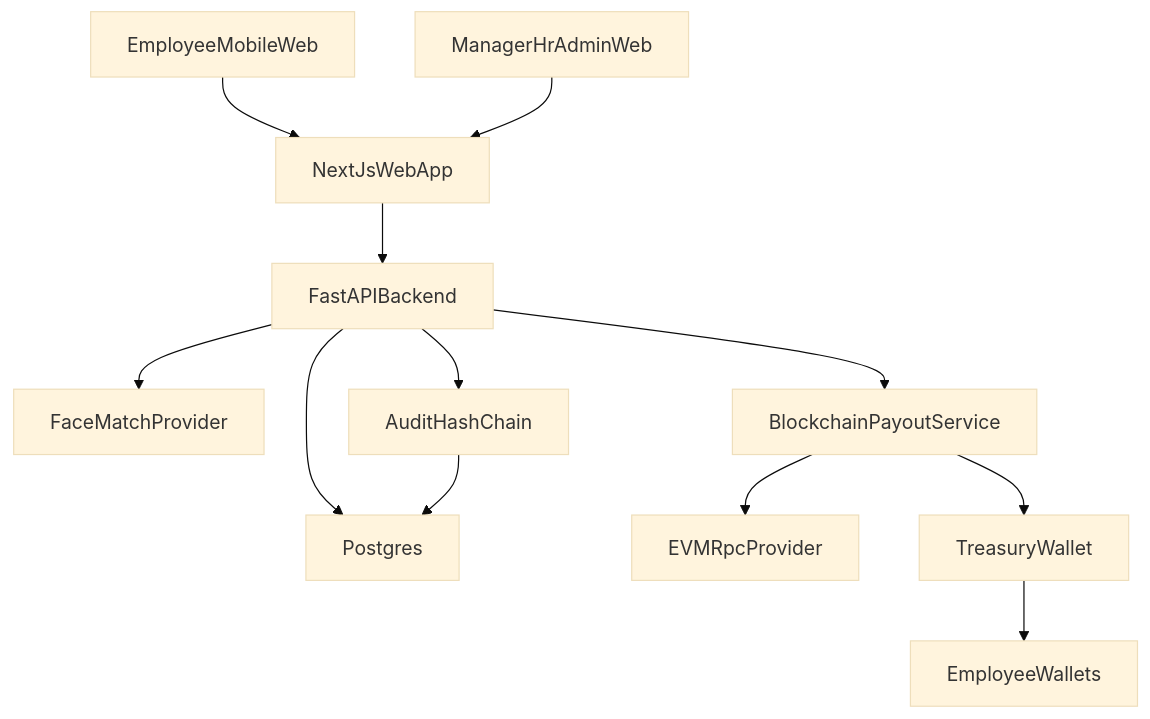
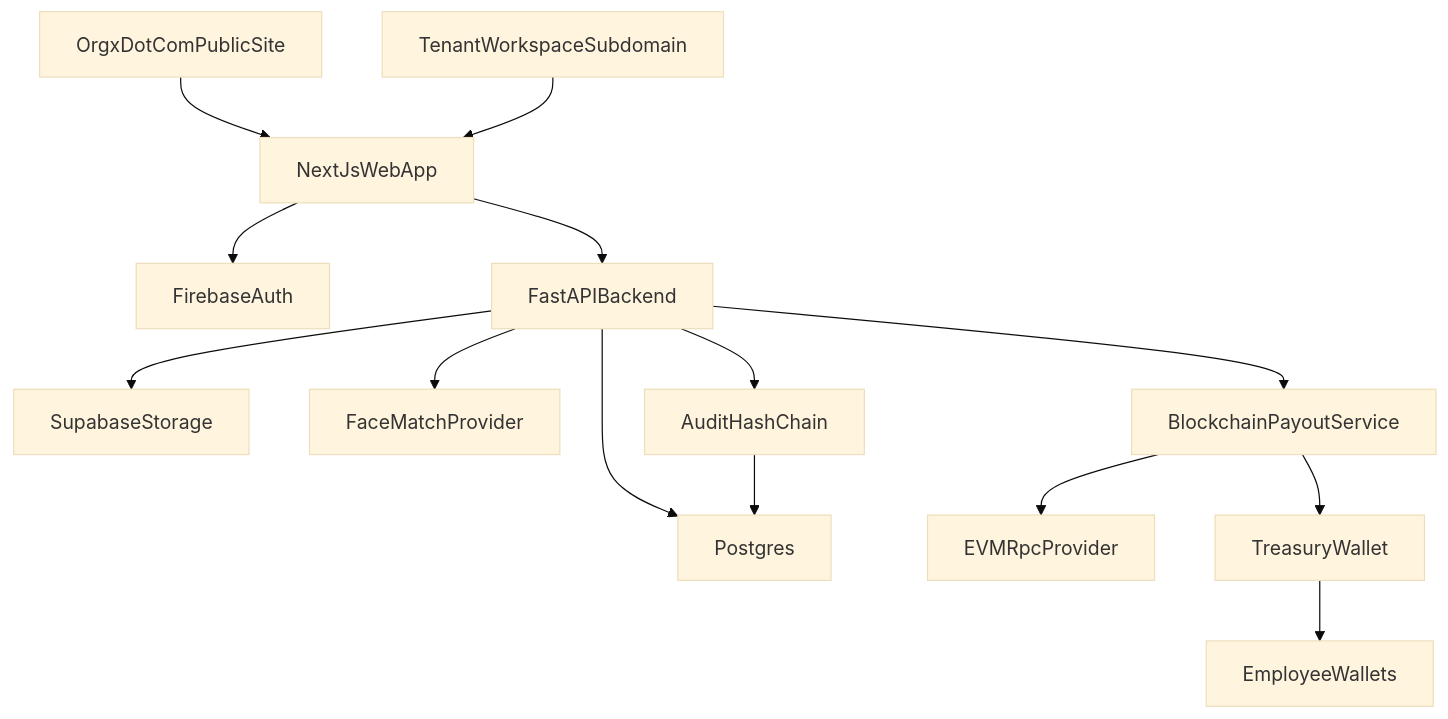
One commit to Tusharkanta407/Orgx changed the first of 6 diagrams in docs/architecture.md. Above: the diagram before and after it, drawn with Mermaid (base theme). The commit also changed other lines of this file and 19 other files, not shown here.

````diff
--- a/docs/architecture.md
+++ b/docs/architecture.md
@@ -16,14 +18,16 @@
 ```mermaid
 flowchart TD
-  employeeWeb[EmployeeMobileWeb] --> nextjs[NextJsWebApp]
-  managerWeb[ManagerHrAdminWeb] --> nextjs
+  publicSite[OrgxDotComPublicSite] --> nextjs[NextJsWebApp]
+  tenantSite[TenantWorkspaceSubdomain] --> nextjs
+  nextjs --> firebase[FirebaseAuth]
   nextjs --> api[FastAPIBackend]
   api --> postgres[Postgres]
+  api --> storage[SupabaseStorage]
   api --> faceProvider[FaceMatchProvider]
   api --> chainSvc[BlockchainPayoutService]
   chainSvc --> rpc[EVMRpcProvider]
   chainSvc --> treasury[TreasuryWallet]
   treasury --> employeeWallets[EmployeeWallets]
   api --> auditVerifier[AuditHashChain]
   auditVerifier --> postgres
 ```
````
